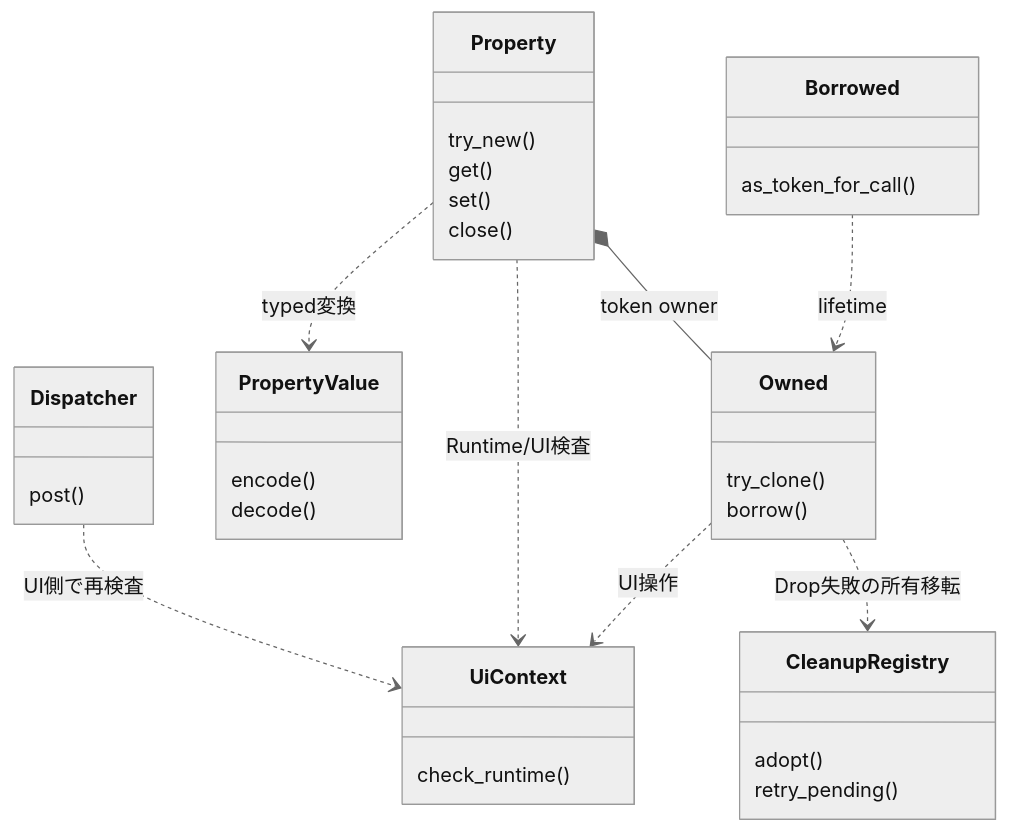
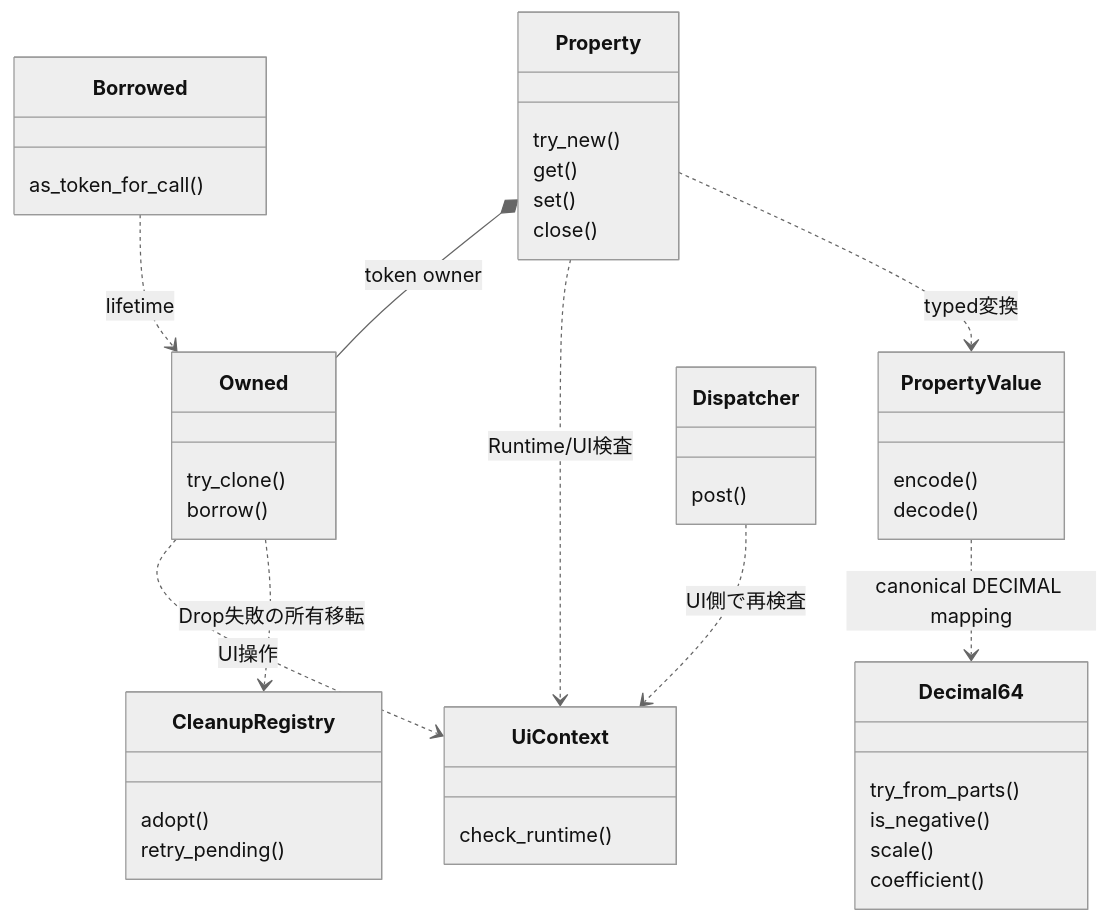
One commit to edamame-edame/freemvvm changed the sixth of 6 diagrams in .docs/13_detail_design/wrappers/rust.md. Above: the diagram before and after it, drawn with Mermaid (neutral theme). The commit also changed other lines of this file and 3 other files, not shown here.

````diff
--- a/.docs/13_detail_design/wrappers/rust.md
+++ b/.docs/13_detail_design/wrappers/rust.md
@@ -337,38 +348,45 @@
 ```mermaid
 classDiagram
     direction TB
     class Owned {
         try_clone()
         borrow()
     }
     class Borrowed {
         as_token_for_call()
     }
     class UiContext {
         check_runtime()
     }
     class Property {
         try_new()
         get()
         set()
         close()
     }
+    class Decimal64 {
+        try_from_parts()
+        is_negative()
+        scale()
+        coefficient()
+    }
     class PropertyValue {
         encode()
         decode()
     }
     class CleanupRegistry {
         adopt()
         retry_pending()
     }
     class Dispatcher {
         post()
     }
     Borrowed ..> Owned : lifetime
     Owned ..> UiContext : UI操作
     Property *-- Owned : token owner
     Property ..> UiContext : Runtime/UI検査
     Property ..> PropertyValue : typed変換
+    PropertyValue ..> Decimal64 : canonical DECIMAL mapping
     Owned ..> CleanupRegistry : Drop失敗の所有移転
     Dispatcher ..> UiContext : UI側で再検査
 ```
````
